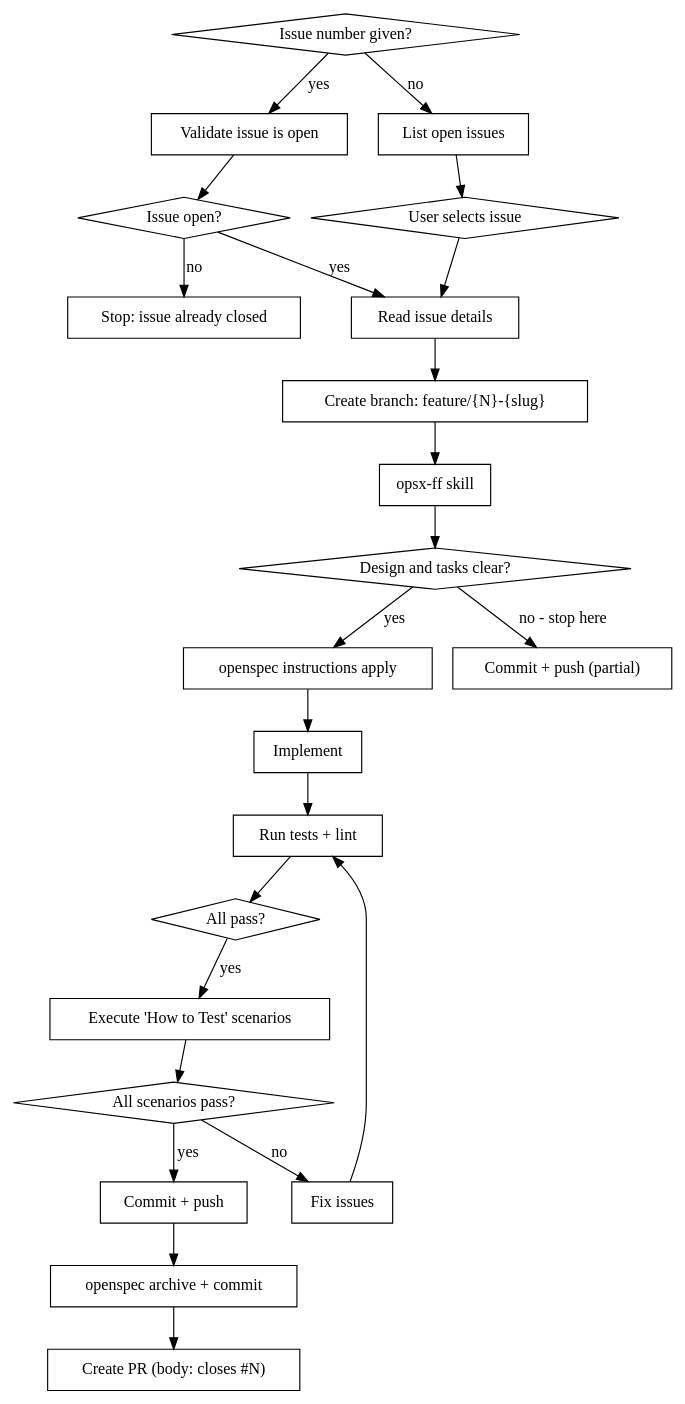
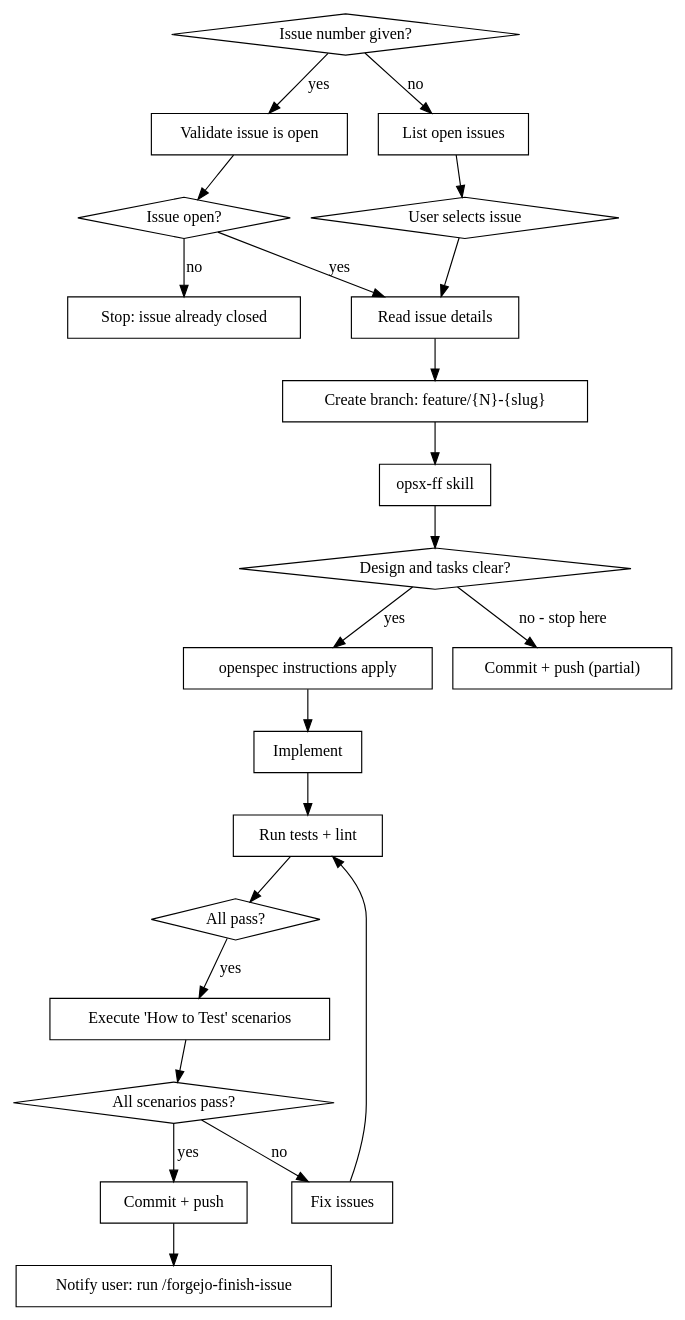
The diagram in .claude/skills/forgejo-issue/SKILL.md (janbaer/dotfiles), drawn with Graphviz before and after one commit. The commit also changed other lines of this file and 1 other file, not shown here.

Commit message:
claude ✨: Splitting forgejo-issue completion into new forgejo-finish-issue skill

````diff
--- a/.claude/skills/forgejo-issue/SKILL.md
+++ b/.claude/skills/forgejo-issue/SKILL.md
@@ -16,48 +16,46 @@
 ```dot
 digraph issue_workflow {
     "Issue number given?" [shape=diamond];
     "Validate issue is open" [shape=box];
     "Issue open?" [shape=diamond];
     "Stop: issue already closed" [shape=box];
     "List open issues" [shape=box];
     "User selects issue" [shape=diamond];
     "Read issue details" [shape=box];
     "Create branch: feature/{N}-{slug}" [shape=box];
     "opsx-ff skill" [shape=box];
     "Design and tasks clear?" [shape=diamond];
     "openspec instructions apply" [shape=box];
     "Implement" [shape=box];
     "Run tests + lint" [shape=box];
     "All pass?" [shape=diamond];
     "Execute 'How to Test' scenarios" [shape=box];
     "All scenarios pass?" [shape=diamond];
     "Fix issues" [shape=box];
     "Commit + push" [shape=box];
-    "openspec archive + commit" [shape=box];
-    "Create PR (body: closes #N)" [shape=box];
+    "Notify user: run /forgejo-finish-issue" [shape=box];
     "Commit + push (partial)" [shape=box];
 
     "Issue number given?" -> "Validate issue is open" [label="yes"];
     "Issue number given?" -> "List open issues" [label="no"];
     "Validate issue is open" -> "Issue open?" ;
     "Issue open?" -> "Read issue details" [label="yes"];
     "Issue open?" -> "Stop: issue already closed" [label="no"];
     "List open issues" -> "User selects issue";
     "User selects issue" -> "Read issue details";
     "Read issue details" -> "Create branch: feature/{N}-{slug}";
     "Create branch: feature/{N}-{slug}" -> "opsx-ff skill";
     "opsx-ff skill" -> "Design and tasks clear?";
     "Design and tasks clear?" -> "openspec instructions apply" [label="yes"];
     "Design and tasks clear?" -> "Commit + push (partial)" [label="no - stop here"];
     "openspec instructions apply" -> "Implement";
     "Implement" -> "Run tests + lint";
     "Run tests + lint" -> "All pass?";
     "All pass?" -> "Execute 'How to Test' scenarios" [label="yes"];
     "Execute 'How to Test' scenarios" -> "All scenarios pass?";
     "All scenarios pass?" -> "Commit + push" [label="yes"];
     "All scenarios pass?" -> "Fix issues" [label="no"];
     "Fix issues" -> "Run tests + lint";
-    "Commit + push" -> "openspec archive + commit";
-    "openspec archive + commit" -> "Create PR (body: closes #N)";
+    "Commit + push" -> "Notify user: run /forgejo-finish-issue";
 }
 ```
````
